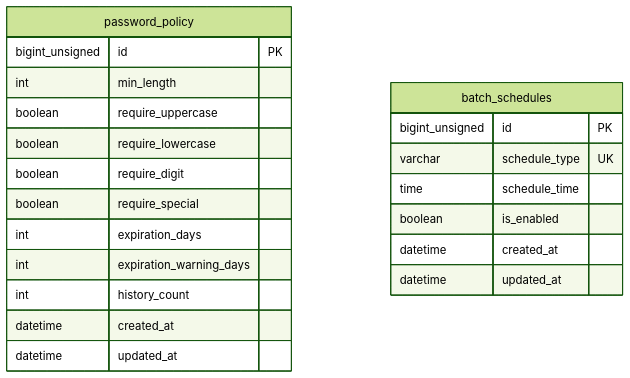
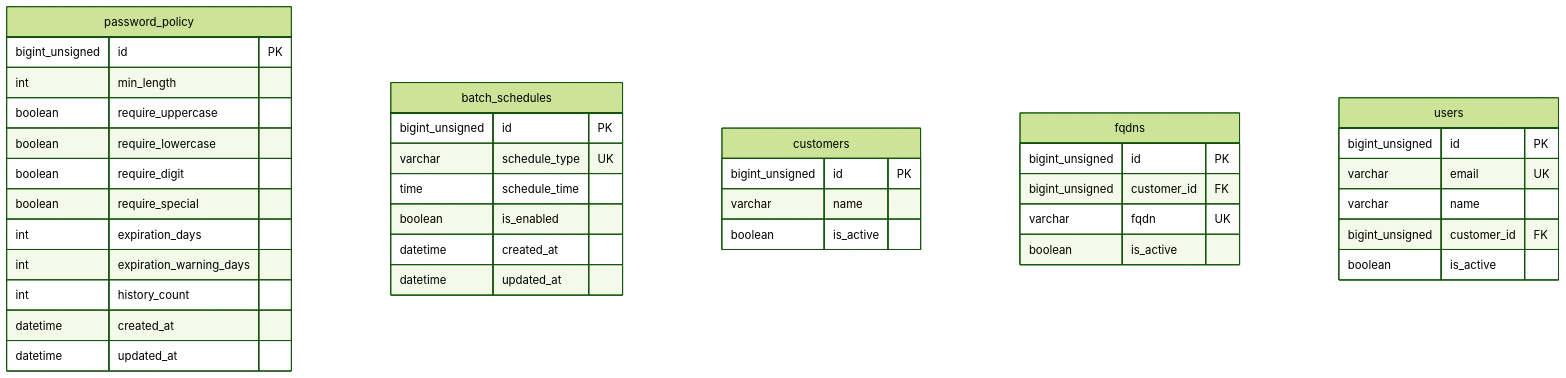
One commit to kencom2400/MrWebDefence-Design changed diagram 19 of 20 in docs/DESIGN.md. Above: the diagram before and after it, drawn with Mermaid (forest theme). The commit also changed other lines of this file, not shown here.

````diff
--- a/docs/DESIGN.md
+++ b/docs/DESIGN.md
@@ -1534,25 +1576,46 @@
 ```mermaid
 erDiagram
     password_policy {
         bigint_unsigned id PK
         int min_length
         boolean require_uppercase
         boolean require_lowercase
         boolean require_digit
         boolean require_special
         int expiration_days
         int expiration_warning_days
         int history_count
         datetime created_at
         datetime updated_at
     }
     
     batch_schedules {
         bigint_unsigned id PK
         varchar schedule_type UK
         time schedule_time
         boolean is_enabled
         datetime created_at
         datetime updated_at
     }
+    
+    customers {
+        bigint_unsigned id PK
+        varchar name
+        boolean is_active
+    }
+    
+    fqdns {
+        bigint_unsigned id PK
+        bigint_unsigned customer_id FK
+        varchar fqdn UK
+        boolean is_active
+    }
+    
+    users {
+        bigint_unsigned id PK
+        varchar email UK
+        varchar name
+        bigint_unsigned customer_id FK
+        boolean is_active
+    }
 ```
````
